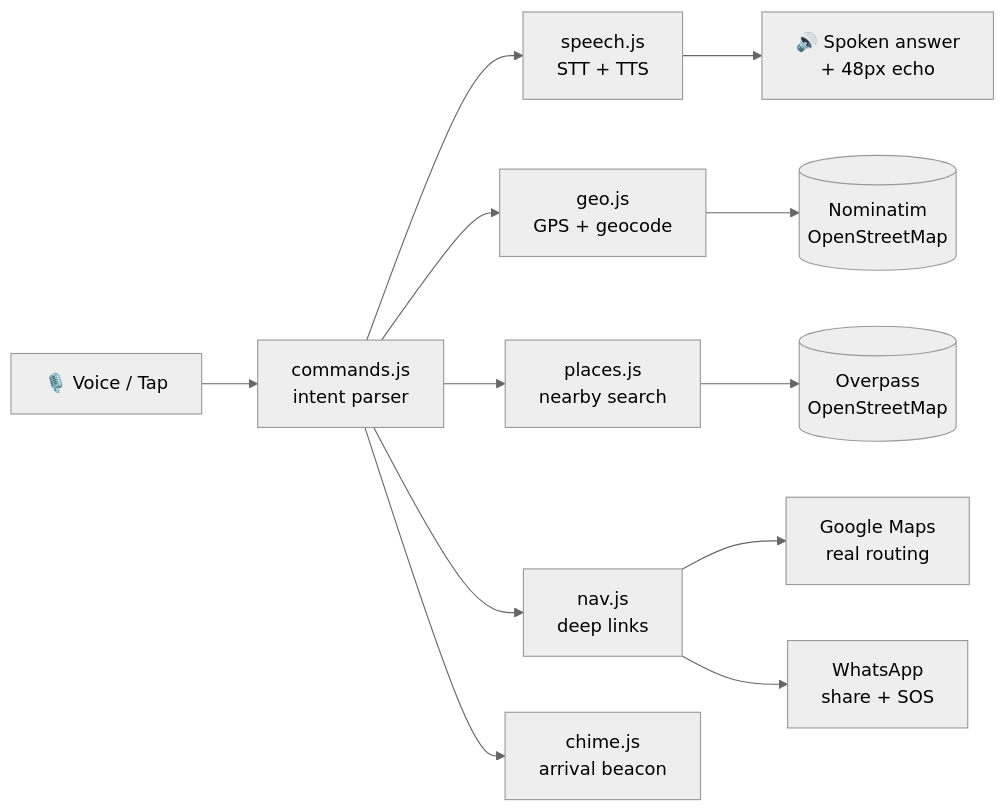
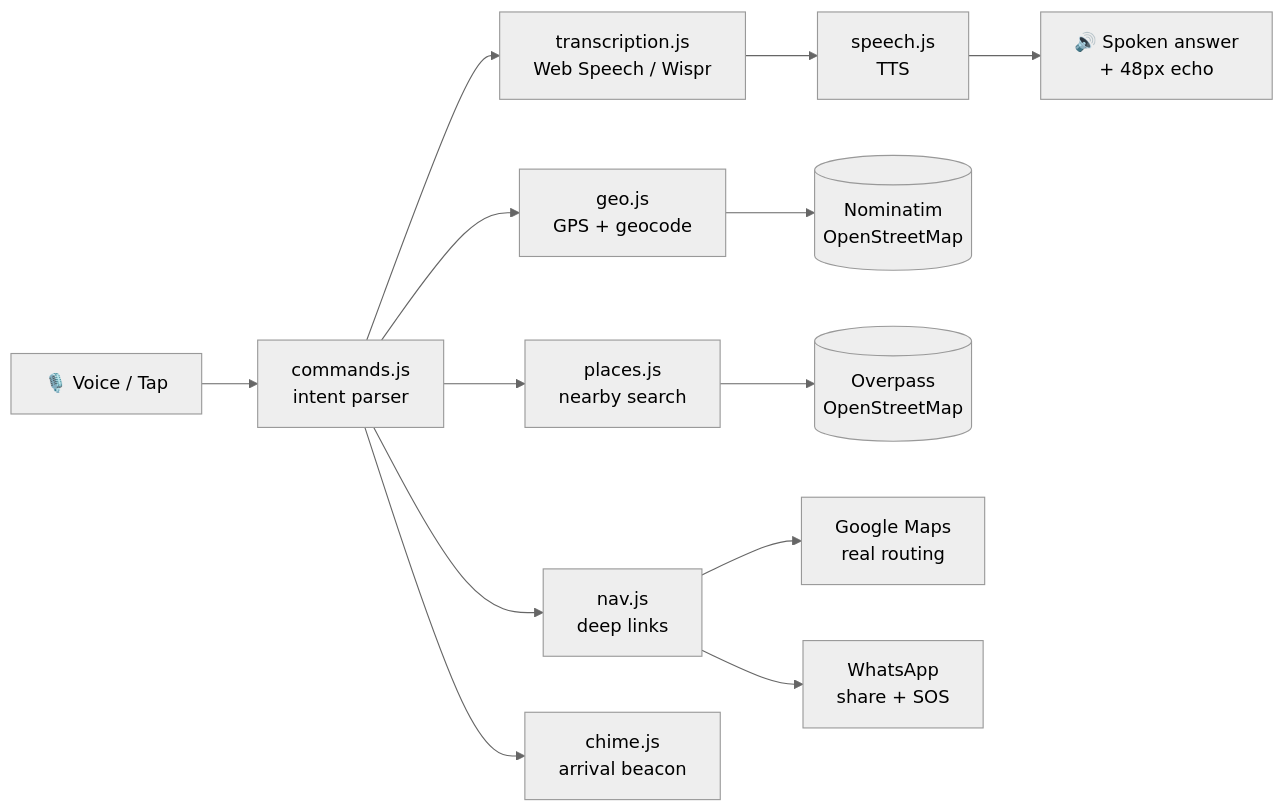
Before and after one commit to spartanfromk-18/Disha: the diagram in README.md, drawn with Mermaid (neutral theme). The commit also changed other lines of this file and 18 other files, not shown here.

Commit message:
feat: optional Wispr Flow pro transcription with Web Speech fallback

````diff
--- a/README.md
+++ b/README.md
@@ -114,14 +114,15 @@
 ```mermaid
 flowchart LR
     A["🎙️ Voice / Tap"] --> B["commands.js<br/>intent parser"]
-    B --> C["speech.js<br/>STT + TTS"]
+    B --> C["transcription.js<br/>Web Speech / Wispr"]
+    C --> D2["speech.js<br/>TTS"]
     B --> D["geo.js<br/>GPS + geocode"]
     B --> E["places.js<br/>nearby search"]
     D --> F[("Nominatim<br/>OpenStreetMap")]
     E --> G[("Overpass<br/>OpenStreetMap")]
     B --> H["nav.js<br/>deep links"]
     H --> I["Google Maps<br/>real routing"]
     H --> J["WhatsApp<br/>share + SOS"]
     B --> K["chime.js<br/>arrival beacon"]
-    C --> L["🔊 Spoken answer<br/>+ 48px echo"]
+    D2 --> L["🔊 Spoken answer<br/>+ 48px echo"]
 ```
````
